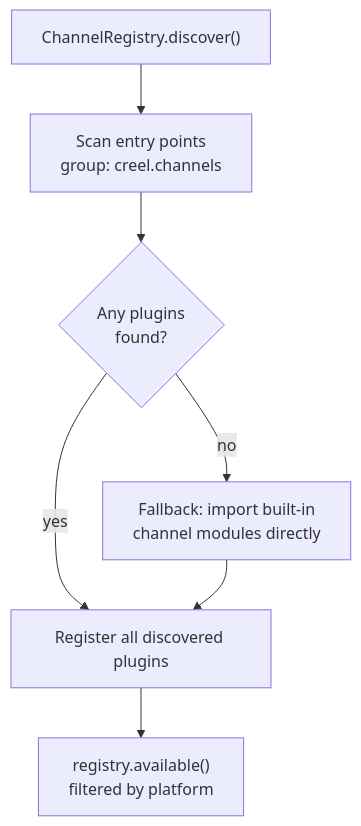
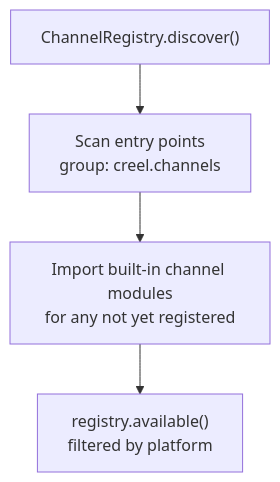
Before and after one commit to Creel-ai/creel: the first of 2 diagrams in docs/architecture/channels.md, drawn with Mermaid. The commit also changed other lines of this file and 27 other files, not shown here.

````diff
--- a/docs/architecture/channels.md
+++ b/docs/architecture/channels.md
@@ -11,9 +11,6 @@
 ```mermaid
 flowchart TD
     R["ChannelRegistry.discover()"] --> EP["Scan entry points\ngroup: creel.channels"]
-    EP --> found{"Any plugins\nfound?"}
-    found -- yes --> REG["Register all discovered plugins"]
-    found -- no --> BI["Fallback: import built-in\nchannel modules directly"]
-    BI --> REG
-    REG --> AVAIL["registry.available()\nfiltered by platform"]
+    EP --> BI["Import built-in channel modules\nfor any not yet registered"]
+    BI --> AVAIL["registry.available()\nfiltered by platform"]
 ```
````
